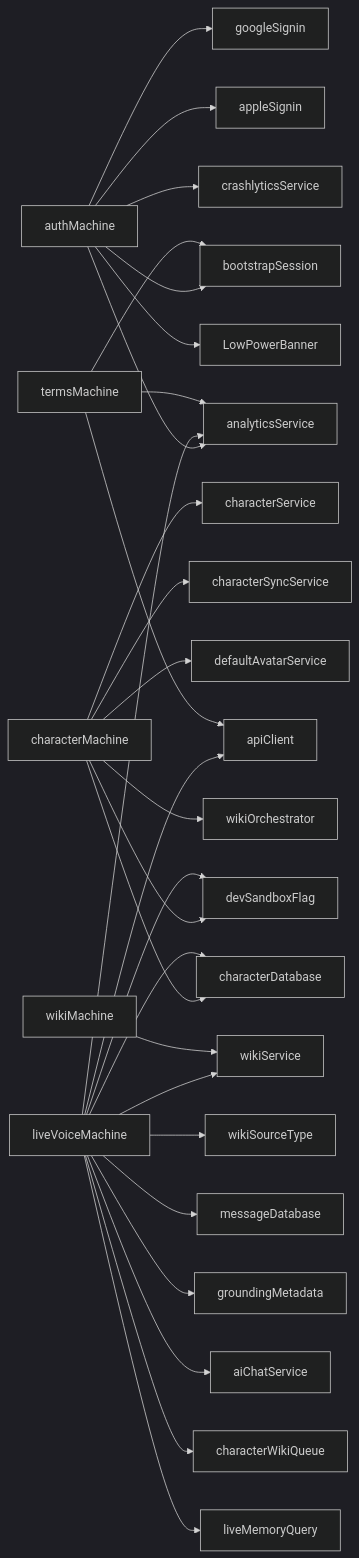
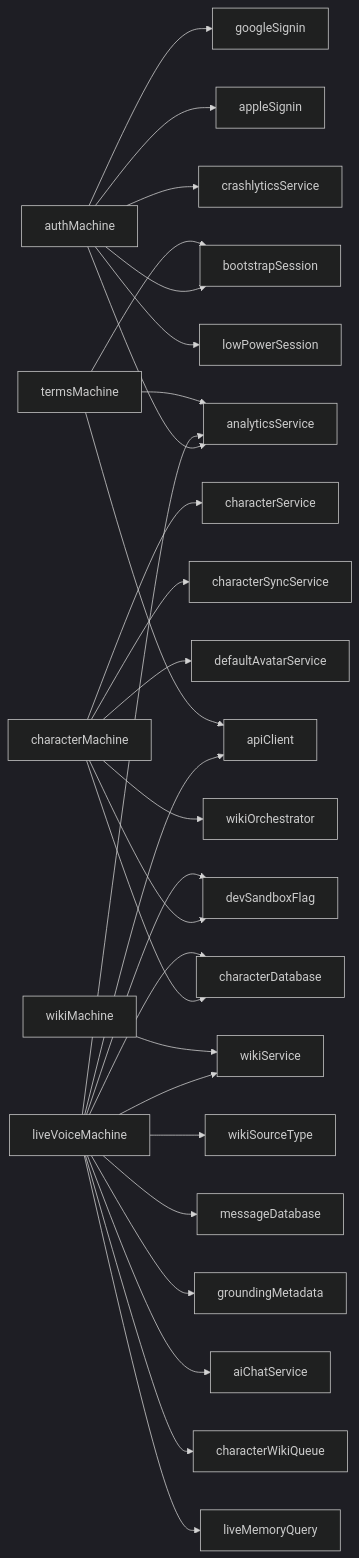
The diagram in docs/flowcharts/MACHINES.md (equationalapplications/clanker), drawn with Mermaid (dark theme) before and after one commit. The commit also changed 1 other file, not shown here.

Commit message:
docs: update flowchart dependencies for lowPowerSession refactoring
Remove stale usePowerBalance import from CreditsDisplay, update
LowPowerBanner to lowPowerSession in both component and machine graphs.

````diff
--- a/docs/flowcharts/MACHINES.md
+++ b/docs/flowcharts/MACHINES.md
@@ -4,30 +4,30 @@
 ```mermaid
 graph LR
   authMachine --> googleSignin
   authMachine --> appleSignin
   authMachine --> bootstrapSession
   authMachine --> crashlyticsService
   authMachine --> analyticsService
-  authMachine --> LowPowerBanner
+  authMachine --> lowPowerSession
   characterMachine --> characterService
   characterMachine --> characterDatabase
   characterMachine --> characterSyncService
   characterMachine --> defaultAvatarService
   characterMachine --> wikiOrchestrator
   characterMachine --> devSandboxFlag
   liveVoiceMachine --> analyticsService
   liveVoiceMachine --> devSandboxFlag
   liveVoiceMachine --> wikiService
   liveVoiceMachine --> apiClient
   liveVoiceMachine --> wikiSourceType
   liveVoiceMachine --> messageDatabase
   liveVoiceMachine --> characterDatabase
   liveVoiceMachine --> groundingMetadata
   liveVoiceMachine --> aiChatService
   liveVoiceMachine --> characterWikiQueue
   liveVoiceMachine --> liveMemoryQuery
   termsMachine --> apiClient
   termsMachine --> analyticsService
   termsMachine --> bootstrapSession
   wikiMachine --> wikiService
 ```
````
